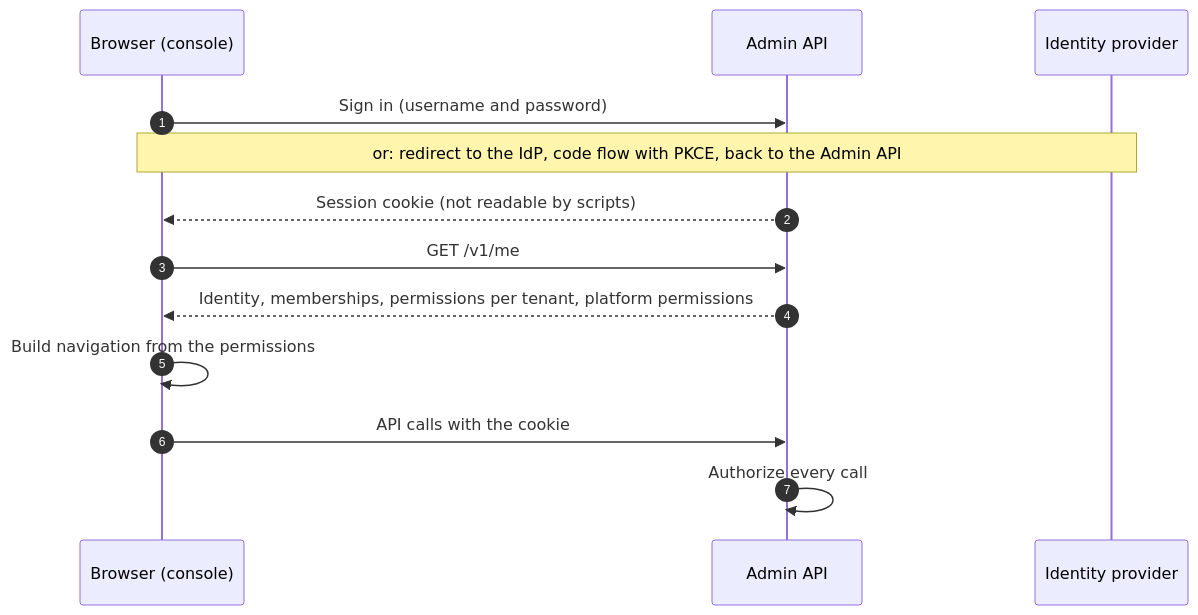
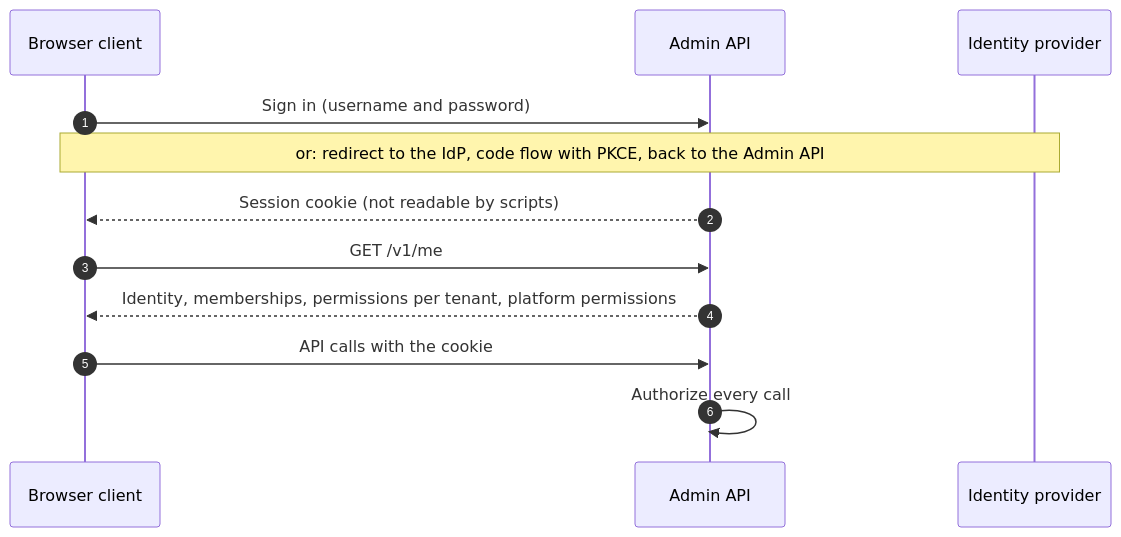
One commit to pandokos/pandokos changed the fifth of 5 diagrams in docs/architecture/overview.md. Above: the diagram before and after it, drawn with Mermaid. The commit also changed other lines of this file and 54 other files, not shown here.

First line of the commit message:
docs: BYOK-only scope, administration through the API, and a roadmap that puts operability first

````diff
--- a/docs/architecture/overview.md
+++ b/docs/architecture/overview.md
@@ -371,15 +369,14 @@
 ```mermaid
 sequenceDiagram
     autonumber
-    participant B as Browser (console)
+    participant B as Browser client
     participant A as Admin API
     participant I as Identity provider
     B->>A: Sign in (username and password)
     Note over B,I: or: redirect to the IdP, code flow with PKCE, back to the Admin API
     A-->>B: Session cookie (not readable by scripts)
     B->>A: GET /v1/me
     A-->>B: Identity, memberships, permissions per tenant, platform permissions
-    B->>B: Build navigation from the permissions
     B->>A: API calls with the cookie
     A->>A: Authorize every call
 ```
````
